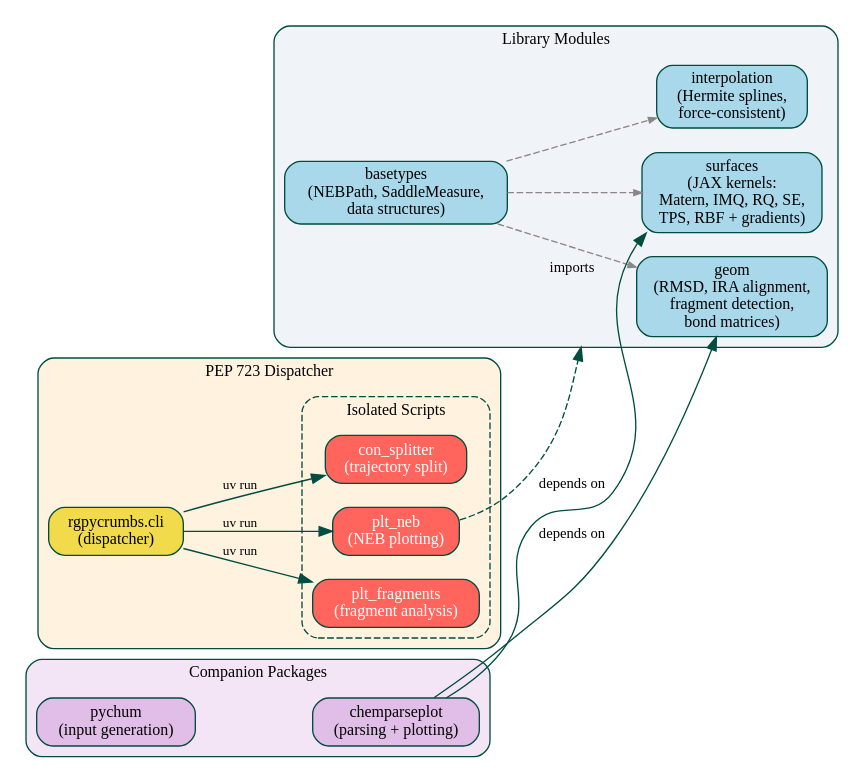
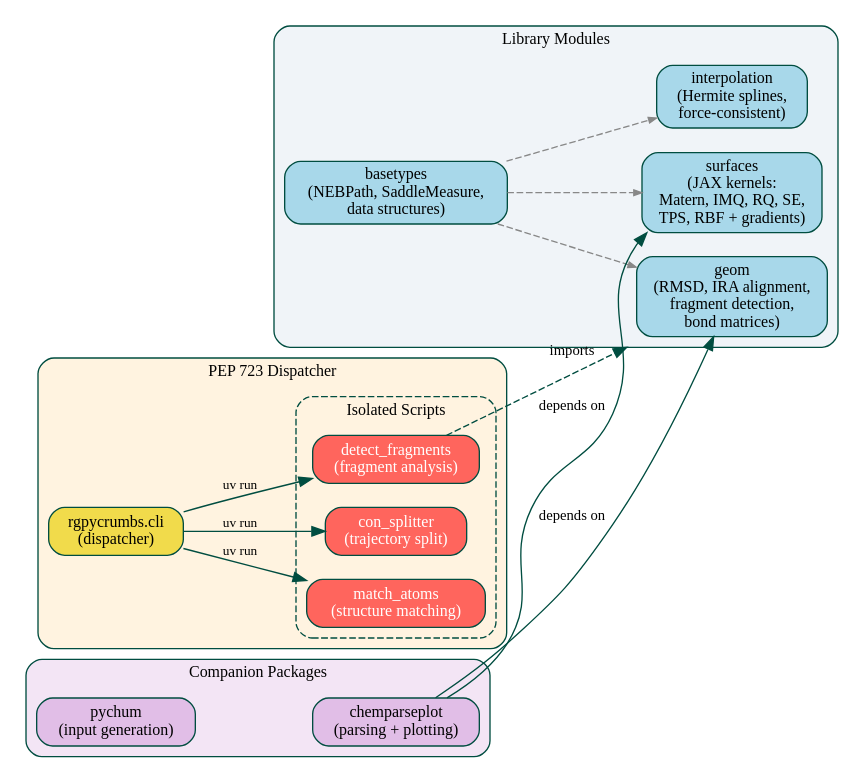
Before and after one commit to HaoZeke/rgpycrumbs: the first of 2 diagrams in paper.org, drawn with Graphviz. The commit also changed other lines of this file and 2 other files, not shown here.

```diff
--- a/paper.org
+++ b/paper.org
@@ -89,73 +89,73 @@
 #+begin_src dot :file figures/architecture.pdf :exports none
 digraph architecture {
     rankdir=LR;
     fontname="Jost";
     node [fontname="Jost", fontsize=12, shape=box, style="rounded,filled", fillcolor="white", color="#004D40"];
     edge [fontname="Jost", fontsize=11, color="#004D40"];
     compound=true;
     newrank=true;
 
     subgraph cluster_library {
         label="Library Modules";
         style="filled,rounded";
         fillcolor="#f0f4f8";
         fontsize=12;
         fontname="Jost";
         color="#004D40";
 
         surfaces [label="surfaces\n(JAX kernels:\nMatern, IMQ, RQ, SE,\nTPS, RBF + gradients)", fillcolor="#a8d8ea"];
         geom [label="geom\n(RMSD, IRA alignment,\nfragment detection,\nbond matrices)", fillcolor="#a8d8ea"];
         interp [label="interpolation\n(Hermite splines,\nforce-consistent)", fillcolor="#a8d8ea"];
         basetypes [label="basetypes\n(NEBPath, SaddleMeasure,\ndata structures)", fillcolor="#a8d8ea"];
 
         basetypes -> surfaces [style=dashed, color="#888888", arrowsize=0.6];
         basetypes -> geom [style=dashed, color="#888888", arrowsize=0.6];
         basetypes -> interp [style=dashed, color="#888888", arrowsize=0.6];
     }
 
     subgraph cluster_dispatcher {
         label="PEP 723 Dispatcher";
         style="filled,rounded";
         fillcolor="#fff3e0";
         fontsize=12;
         fontname="Jost";
         color="#004D40";
 
         cli [label="rgpycrumbs.cli\n(dispatcher)", fillcolor="#F1DB4B"];
 
         subgraph cluster_scripts {
             label="Isolated Scripts";
             style="dashed,rounded";
             fillcolor="#fffde7";
             color="#004D40";
 
-            plt_neb [label="plt_neb\n(NEB plotting)", fillcolor="#FF655D", fontcolor="white"];
             con_split [label="con_splitter\n(trajectory split)", fillcolor="#FF655D", fontcolor="white"];
-            plt_frag [label="plt_fragments\n(fragment analysis)", fillcolor="#FF655D", fontcolor="white"];
+            plt_frag [label="detect_fragments\n(fragment analysis)", fillcolor="#FF655D", fontcolor="white"];
+            match_atoms [label="match_atoms\n(structure matching)", fillcolor="#FF655D", fontcolor="white"];
         }
 
-        cli -> plt_neb [label="uv run", fontsize=10];
         cli -> con_split [label="uv run", fontsize=10];
         cli -> plt_frag [label="uv run", fontsize=10];
+        cli -> match_atoms [label="uv run", fontsize=10];
     }
 
     // Cross-cluster edges
-    plt_neb -> surfaces [lhead=cluster_library, label="imports", style=dashed, color="#004D40"];
+    plt_frag -> geom [lhead=cluster_library, label="imports", style=dashed, color="#004D40"];
 
     // External
     subgraph cluster_companion {
         label="Companion Packages";
         style="filled,rounded";
         fillcolor="#f3e5f5";
         fontsize=12;
         fontname="Jost";
         color="#004D40";
 
         chemparseplot [label="chemparseplot\n(parsing + plotting)", fillcolor="#e1bee7"];
         pychum [label="pychum\n(input generation)", fillcolor="#e1bee7"];
     }
 
     chemparseplot -> surfaces [label="depends on", color="#004D40"];
     chemparseplot -> geom [label="depends on", color="#004D40"];
 }
 #+end_src
```
